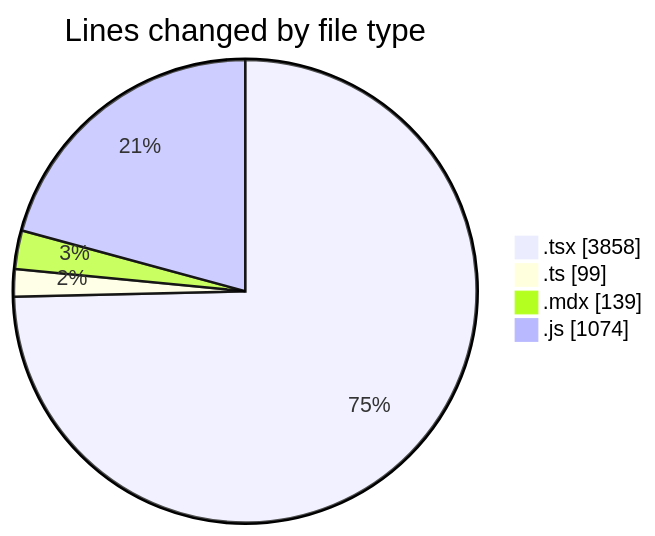
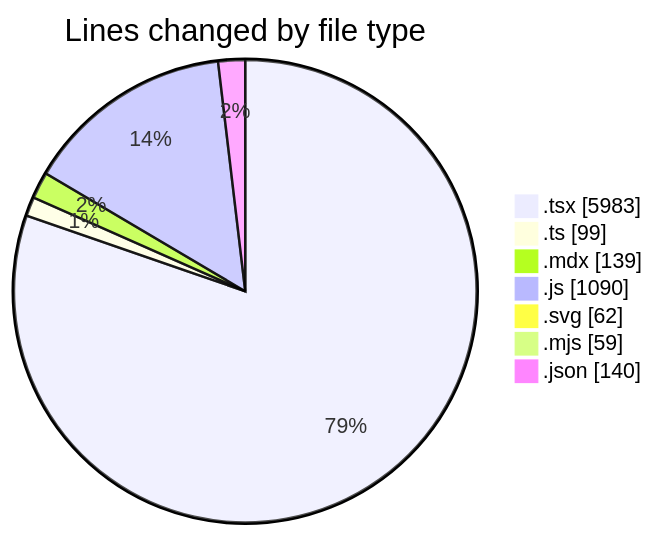
The first of 2 diagrams in 2025-05-10/elitesun/README.md (Elitesun/code-tracking), drawn with Mermaid before and after one commit. The commit also changed other lines of this file and 1 other file, not shown here.

````diff
--- a/2025-05-10/elitesun/README.md
+++ b/2025-05-10/elitesun/README.md
@@ -34,8 +42,11 @@
 ```mermaid
 pie showData
 title Lines changed by file type
-".tsx" : 3858
+".tsx" : 5983
 ".ts" : 99
 ".mdx" : 139
-".js" : 1074
+".js" : 1090
+".svg" : 62
+".mjs" : 59
+".json" : 140
 ```
````
